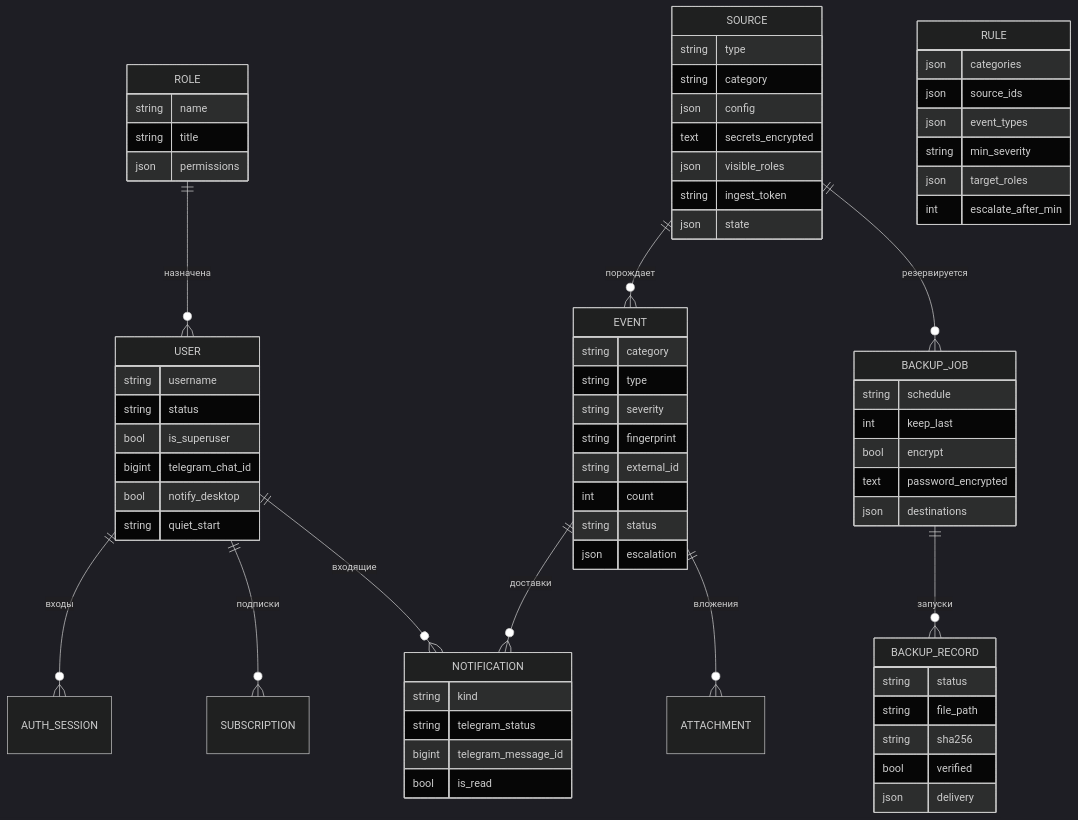
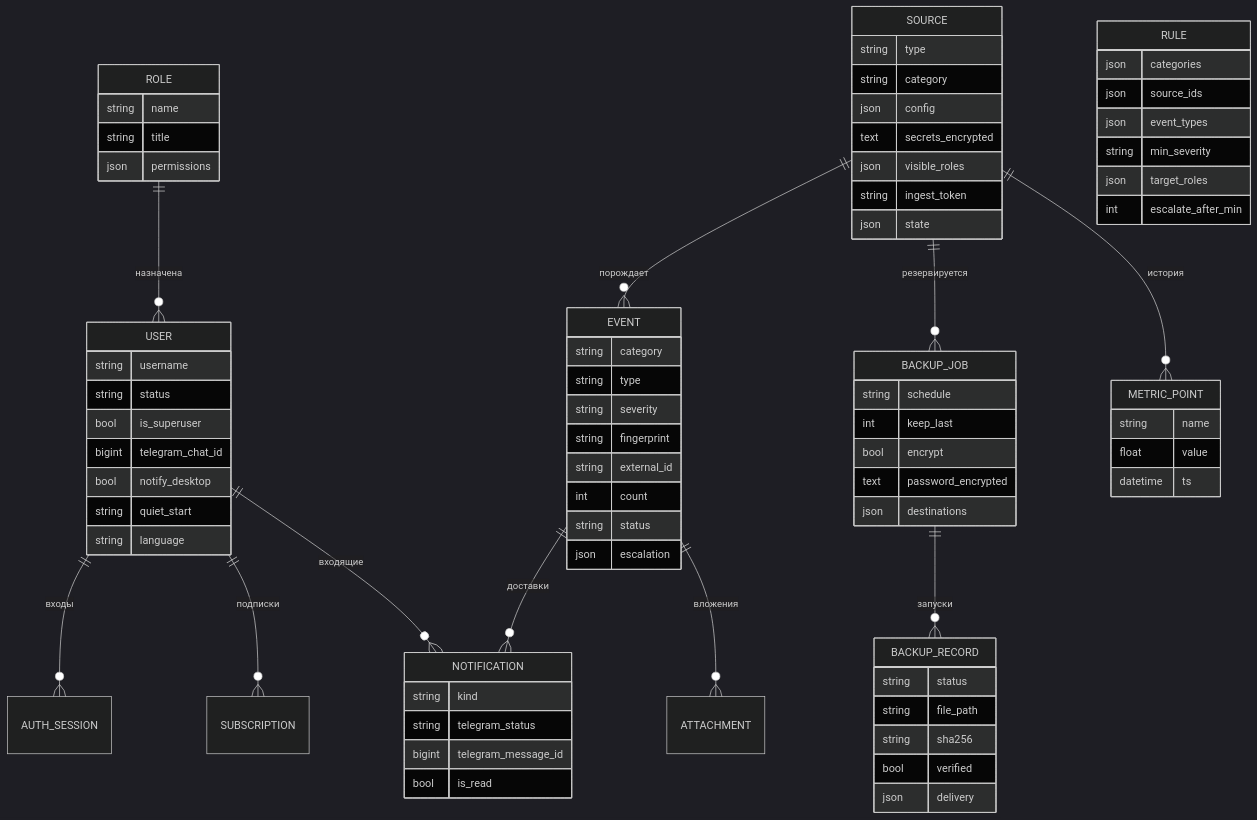
One commit to artemalekseev926-byte/OpsWatch changed the second of 3 diagrams in docs/architecture.md. Above: the diagram before and after it, drawn with Mermaid (dark theme). The commit also changed other lines of this file and 43 other files, not shown here.

````diff
--- a/docs/architecture.md
+++ b/docs/architecture.md
@@ -83,21 +93,23 @@
 ```mermaid
 erDiagram
     ROLE ||--o{ USER : "назначена"
     USER ||--o{ AUTH_SESSION : "входы"
     USER ||--o{ SUBSCRIPTION : "подписки"
     USER ||--o{ NOTIFICATION : "входящие"
     SOURCE ||--o{ EVENT : "порождает"
     EVENT ||--o{ ATTACHMENT : "вложения"
     EVENT ||--o{ NOTIFICATION : "доставки"
     SOURCE ||--o{ BACKUP_JOB : "резервируется"
     BACKUP_JOB ||--o{ BACKUP_RECORD : "запуски"
+    SOURCE ||--o{ METRIC_POINT : "история"
 
     ROLE { string name string title json permissions }
-    USER { string username string status bool is_superuser bigint telegram_chat_id bool notify_desktop string quiet_start }
+    USER { string username string status bool is_superuser bigint telegram_chat_id bool notify_desktop string quiet_start string language }
     SOURCE { string type string category json config text secrets_encrypted json visible_roles string ingest_token json state }
     EVENT { string category string type string severity string fingerprint string external_id int count string status json escalation }
     RULE { json categories json source_ids json event_types string min_severity json target_roles int escalate_after_min }
     BACKUP_JOB { string schedule int keep_last bool encrypt text password_encrypted json destinations }
     BACKUP_RECORD { string status string file_path string sha256 bool verified json delivery }
     NOTIFICATION { string kind string telegram_status bigint telegram_message_id bool is_read }
+    METRIC_POINT { string name float value datetime ts }
 ```
````
